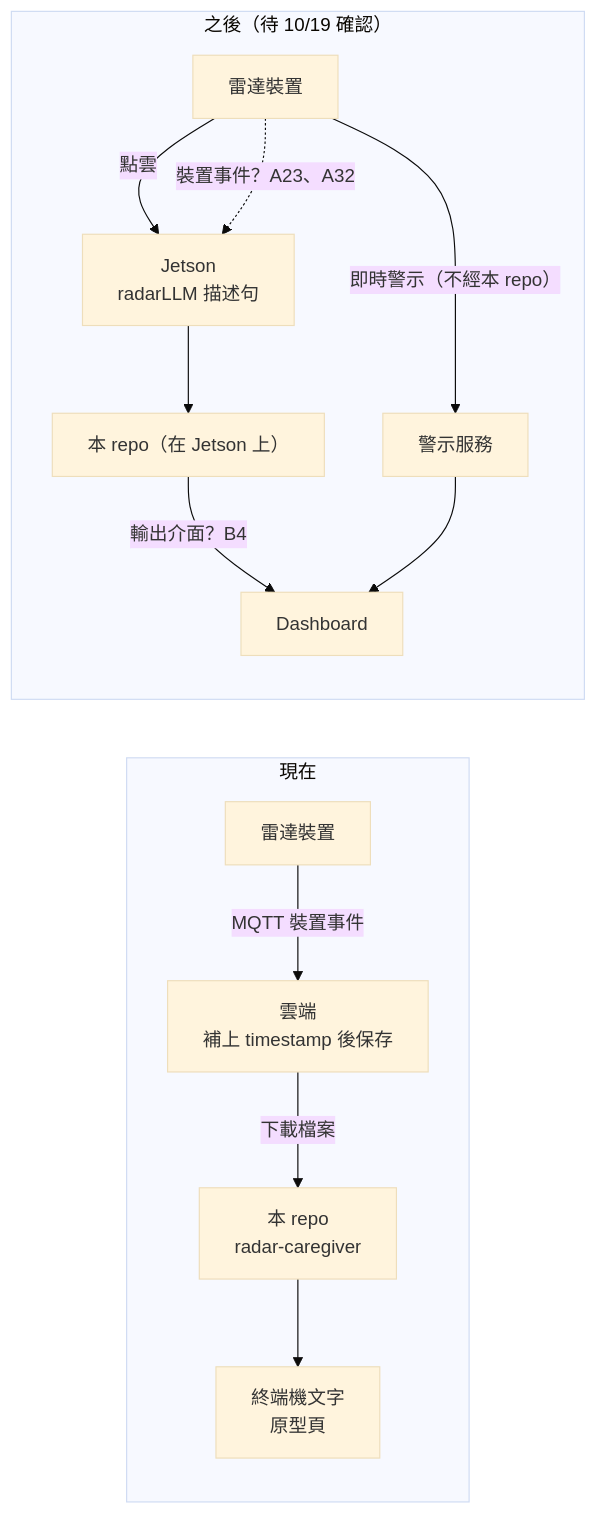
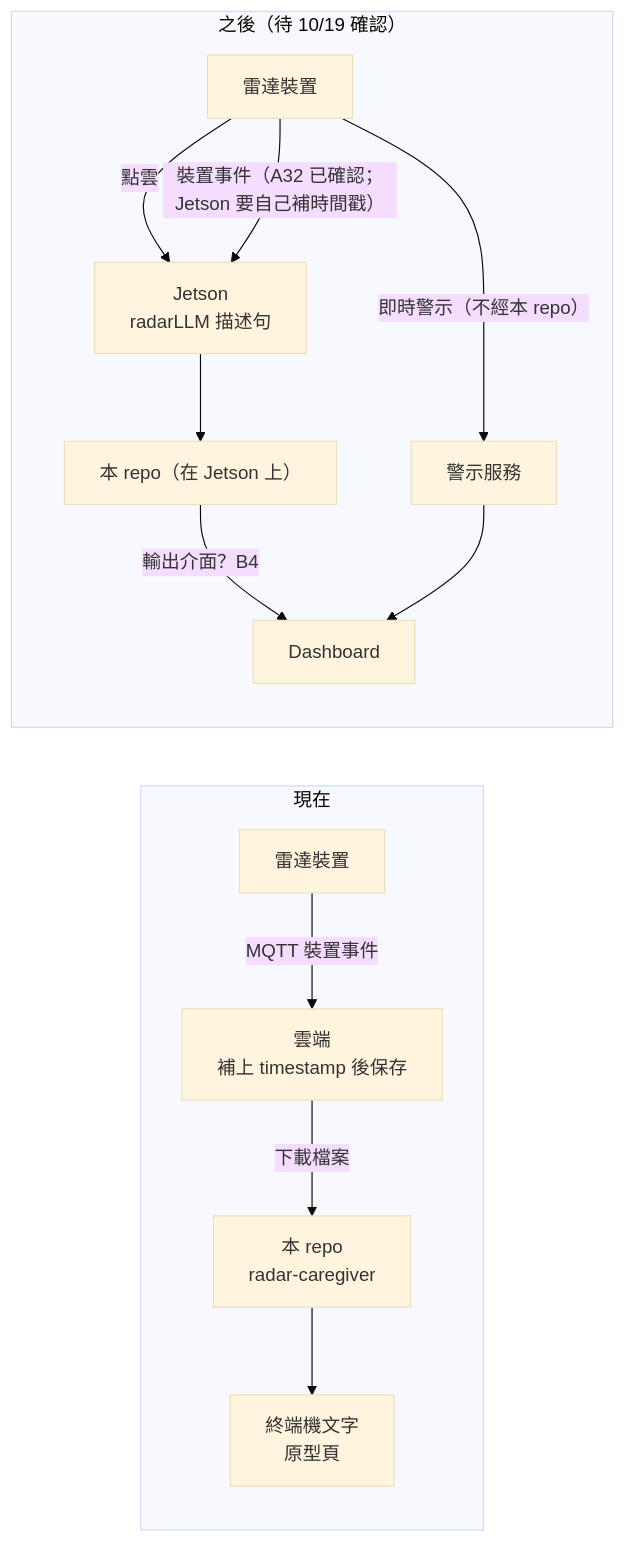
Before and after one commit to vincenttpe/Radar_Dev: the diagram in docs/13_內部演示流程.md, drawn with Mermaid (base theme). The commit also changed other lines of this file and 5 other files, not shown here.

````diff
--- a/docs/13_內部演示流程.md
+++ b/docs/13_內部演示流程.md
@@ -15,16 +15,16 @@
 ```mermaid
 flowchart LR
   subgraph now["現在"]
     D1[雷達裝置] -- MQTT 裝置事件 --> C1[雲端<br/>補上 timestamp 後保存]
     C1 -- 下載檔案 --> R1[本 repo<br/>radar-caregiver]
     R1 --> O1[終端機文字<br/>原型頁]
   end
   subgraph later["之後（待 10/19 確認）"]
     D2[雷達裝置] -- 點雲 --> J[Jetson<br/>radarLLM 描述句]
-    D2 -. 裝置事件？A23、A32 .-> J
+    D2 -- 裝置事件（A32 已確認；Jetson 要自己補時間戳） --> J
     J --> R2[本 repo（在 Jetson 上）]
     R2 -- 輸出介面？B4 --> DB[Dashboard]
     D2 -- 即時警示（不經本 repo） --> AL[警示服務]
     AL --> DB
   end
 ```
````
